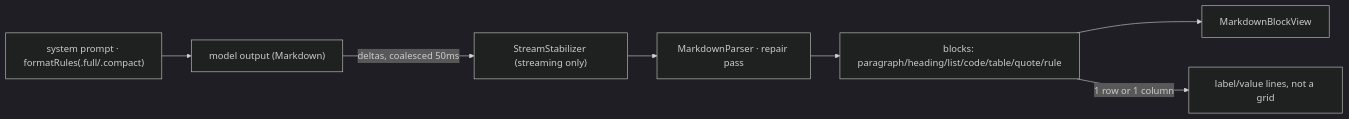
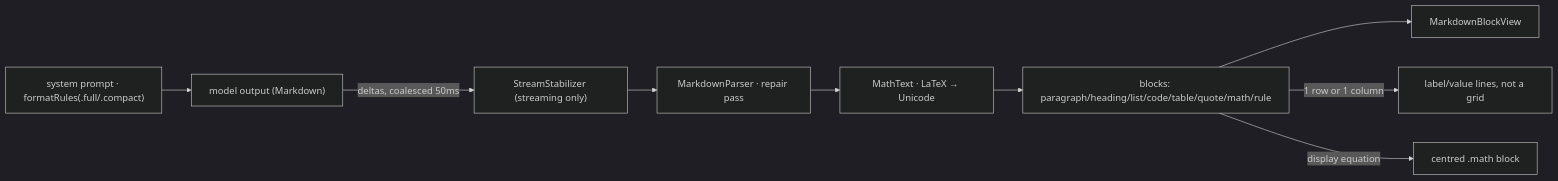
The fifth of 7 diagrams in docs/APP_FLOW.md (civarry/lasso-app), drawn with Mermaid (dark theme) before and after one commit. The commit also changed other lines of this file and 5 other files, not shown here.

````diff
--- a/docs/APP_FLOW.md
+++ b/docs/APP_FLOW.md
@@ -289,9 +298,11 @@
 ```mermaid
 flowchart LR
   P["system prompt · formatRules(.full/.compact)"] --> M["model output (Markdown)"]
   M -->|deltas, coalesced 50ms| S["StreamStabilizer (streaming only)"]
   S --> PR["MarkdownParser · repair pass"]
-  PR --> B["blocks: paragraph/heading/list/code/table/quote/rule"]
+  PR --> MT["MathText · LaTeX → Unicode"]
+  MT --> B["blocks: paragraph/heading/list/code/table/quote/math/rule"]
   B --> V["MarkdownBlockView"]
   B -->|1 row or 1 column| D["label/value lines, not a grid"]
+  B -->|display equation| MB["centred .math block"]
 ```
````
